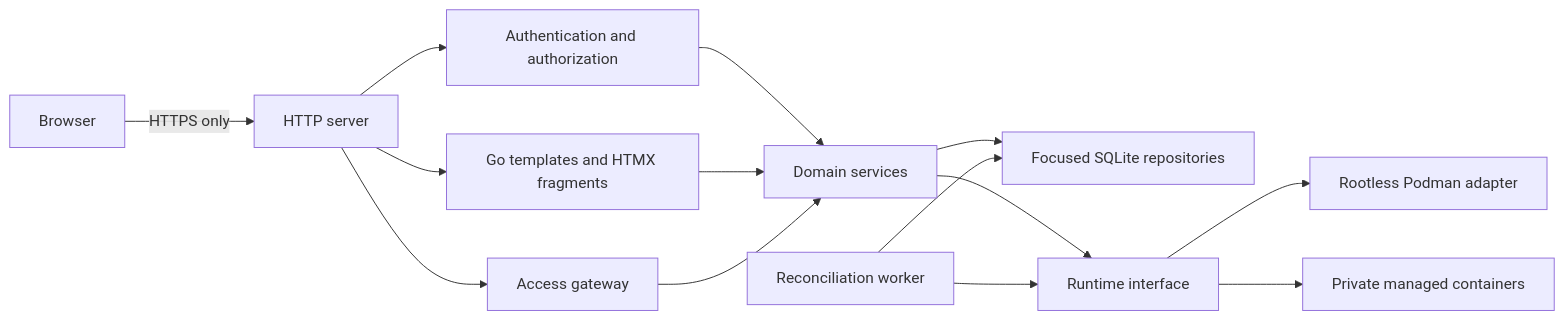
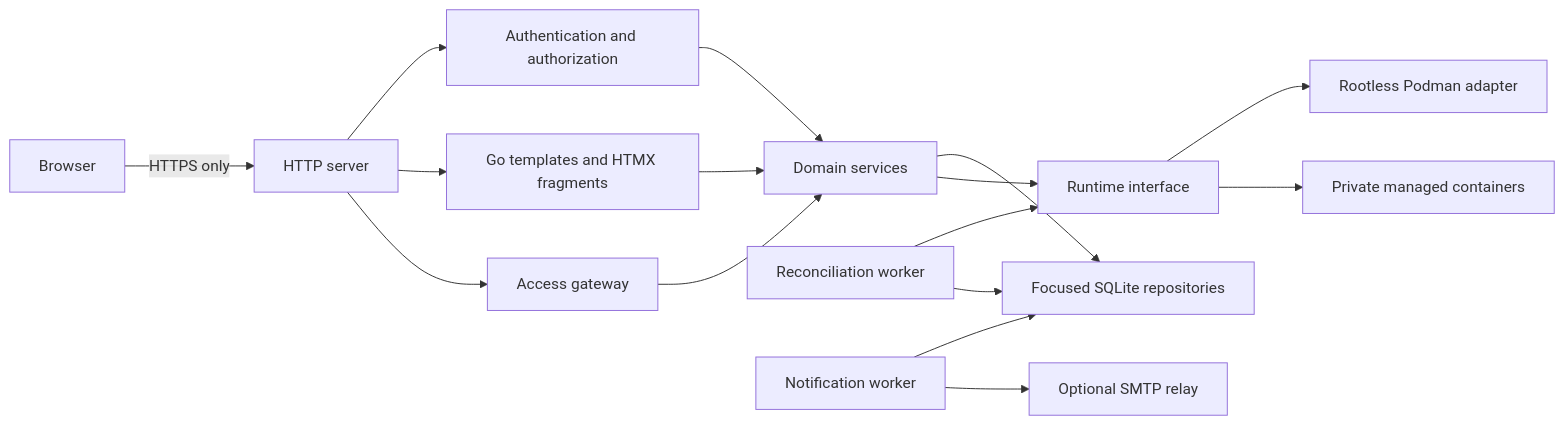
One commit to MrHighVoltage/COWS changed the first of 2 diagrams in ARCHITECTURE.md. Above: the diagram before and after it, drawn with Mermaid. The commit also changed other lines of this file and 6 other files, not shown here.

````diff
--- a/ARCHITECTURE.md
+++ b/ARCHITECTURE.md
@@ -11,16 +11,18 @@
 ```mermaid
 flowchart LR
     Browser[Browser] -->|HTTPS only| HTTP[HTTP server]
     HTTP --> Auth[Authentication and authorization]
     HTTP --> Web[Go templates and HTMX fragments]
     HTTP --> Access[Access gateway]
     Auth --> Services[Domain services]
     Web --> Services
     Access --> Services
     Services --> Repo[Focused SQLite repositories]
     Services --> Runtime[Runtime interface]
     Runtime --> Podman[Rootless Podman adapter]
     Runtime --> Container[Private managed containers]
     Reconcile[Reconciliation worker] --> Runtime
     Reconcile --> Repo
+    Notify[Notification worker] --> Repo
+    Notify --> SMTP[Optional SMTP relay]
 ```
````
